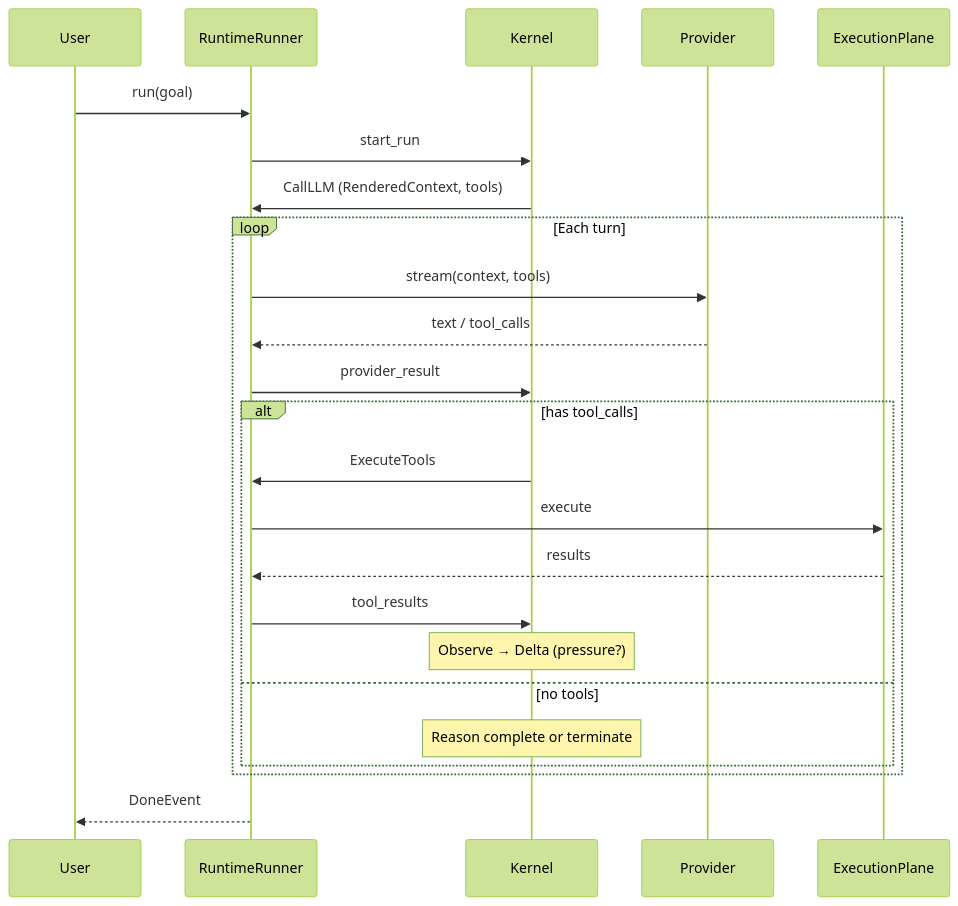
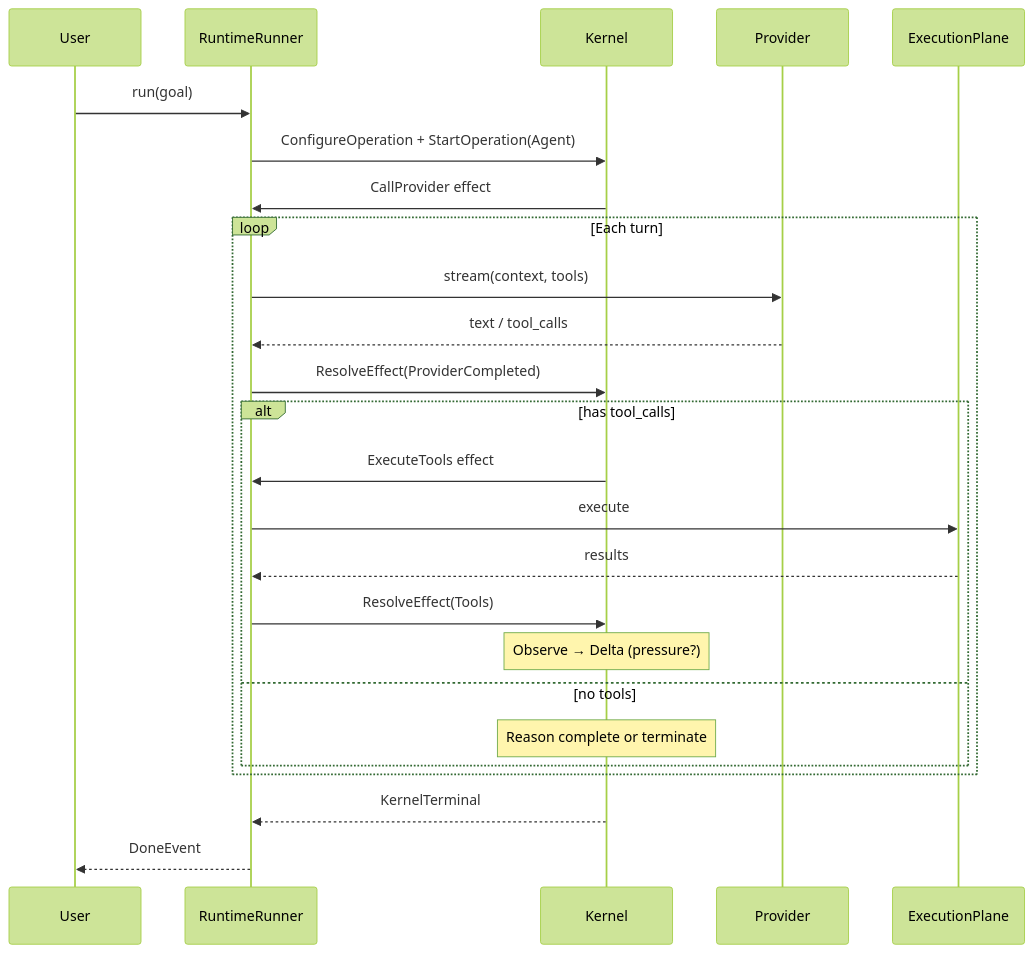
One commit to kongusen/deepstrike changed the diagram in docs/architecture/execution-model.md. Above: the diagram before and after it, drawn with Mermaid (forest theme). The commit also changed other lines of this file and 290 other files, not shown here.

````diff
--- a/docs/architecture/execution-model.md
+++ b/docs/architecture/execution-model.md
@@ -15,29 +16,30 @@
 ```mermaid
 sequenceDiagram
     participant User
     participant SDK as RuntimeRunner
     participant K as Kernel
     participant LLM as Provider
     participant Tools as ExecutionPlane
 
     User->>SDK: run(goal)
-    SDK->>K: start_run
-    K->>SDK: CallLLM (RenderedContext, tools)
+    SDK->>K: ConfigureOperation + StartOperation(Agent)
+    K->>SDK: CallProvider effect
 
     loop Each turn
         SDK->>LLM: stream(context, tools)
         LLM-->>SDK: text / tool_calls
-        SDK->>K: provider_result
+        SDK->>K: ResolveEffect(ProviderCompleted)
         alt has tool_calls
-            K->>SDK: ExecuteTools
+            K->>SDK: ExecuteTools effect
             SDK->>Tools: execute
             Tools-->>SDK: results
-            SDK->>K: tool_results
+            SDK->>K: ResolveEffect(Tools)
             Note over K: Observe → Delta (pressure?)
         else no tools
             Note over K: Reason complete or terminate
         end
     end
 
+    K-->>SDK: KernelTerminal
     SDK-->>User: DoneEvent
 ```
````
